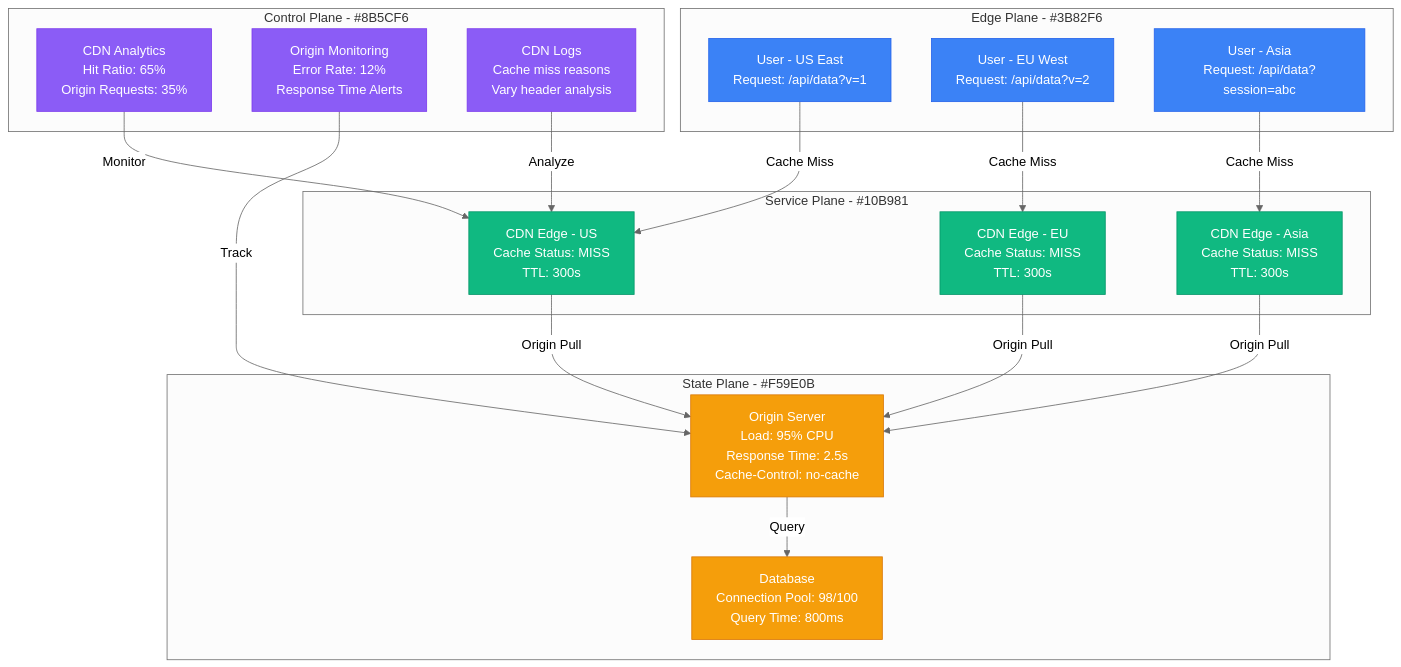
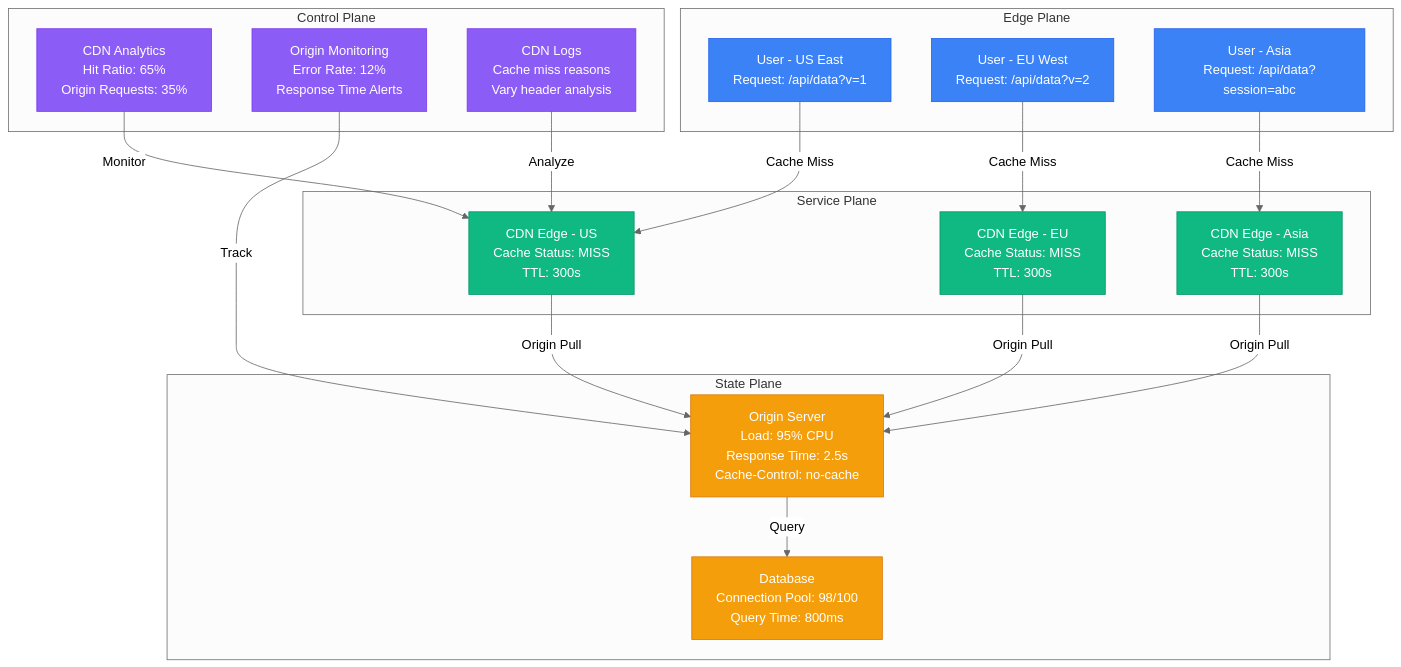
The diagram in site/docs/debugging/cdn-cache-miss-debugging.md (deepaucksharma/DS), drawn with Mermaid (neutral theme) before and after one commit. The commit also changed 169 other files, not shown here.

````diff
--- a/site/docs/debugging/cdn-cache-miss-debugging.md
+++ b/site/docs/debugging/cdn-cache-miss-debugging.md
@@ -17,50 +17,50 @@
 ```mermaid
 graph TB
-    subgraph EdgePlane[Edge Plane - #3B82F6]
+    subgraph EdgePlane["Edge Plane"]
         USER1[User - US East<br/>Request: /api/data?v=1]
         USER2[User - EU West<br/>Request: /api/data?v=2]
         USER3[User - Asia<br/>Request: /api/data?session=abc]
     end
 
-    subgraph ServicePlane[Service Plane - #10B981]
+    subgraph ServicePlane["Service Plane"]
         CDN1[CDN Edge - US<br/>Cache Status: MISS<br/>TTL: 300s]
         CDN2[CDN Edge - EU<br/>Cache Status: MISS<br/>TTL: 300s]
         CDN3[CDN Edge - Asia<br/>Cache Status: MISS<br/>TTL: 300s]
     end
 
-    subgraph StatePlane[State Plane - #F59E0B]
+    subgraph StatePlane["State Plane"]
         ORIGIN[Origin Server<br/>Load: 95% CPU<br/>Response Time: 2.5s<br/>Cache-Control: no-cache]
         DATABASE[Database<br/>Connection Pool: 98/100<br/>Query Time: 800ms]
     end
 
-    subgraph ControlPlane[Control Plane - #8B5CF6]
+    subgraph ControlPlane["Control Plane"]
         ANALYTICS[CDN Analytics<br/>Hit Ratio: 65%<br/>Origin Requests: 35%]
         MONITORING[Origin Monitoring<br/>Error Rate: 12%<br/>Response Time Alerts]
         LOGS[CDN Logs<br/>Cache miss reasons<br/>Vary header analysis]
     end
 
     USER1 -->|Cache Miss| CDN1
     USER2 -->|Cache Miss| CDN2
     USER3 -->|Cache Miss| CDN3
 
     CDN1 -->|Origin Pull| ORIGIN
     CDN2 -->|Origin Pull| ORIGIN
     CDN3 -->|Origin Pull| ORIGIN
 
     ORIGIN -->|Query| DATABASE
 
     ANALYTICS -->|Monitor| CDN1
     MONITORING -->|Track| ORIGIN
     LOGS -->|Analyze| CDN1
 
     %% Apply 4-plane colors
     classDef edgeStyle fill:#3B82F6,stroke:#2563EB,color:#fff
     classDef serviceStyle fill:#10B981,stroke:#059669,color:#fff
     classDef stateStyle fill:#F59E0B,stroke:#D97706,color:#fff
     classDef controlStyle fill:#8B5CF6,stroke:#7C3AED,color:#fff
 
     class USER1,USER2,USER3 edgeStyle
     class CDN1,CDN2,CDN3 serviceStyle
     class ORIGIN,DATABASE stateStyle
     class ANALYTICS,MONITORING,LOGS controlStyle
 ```
````
